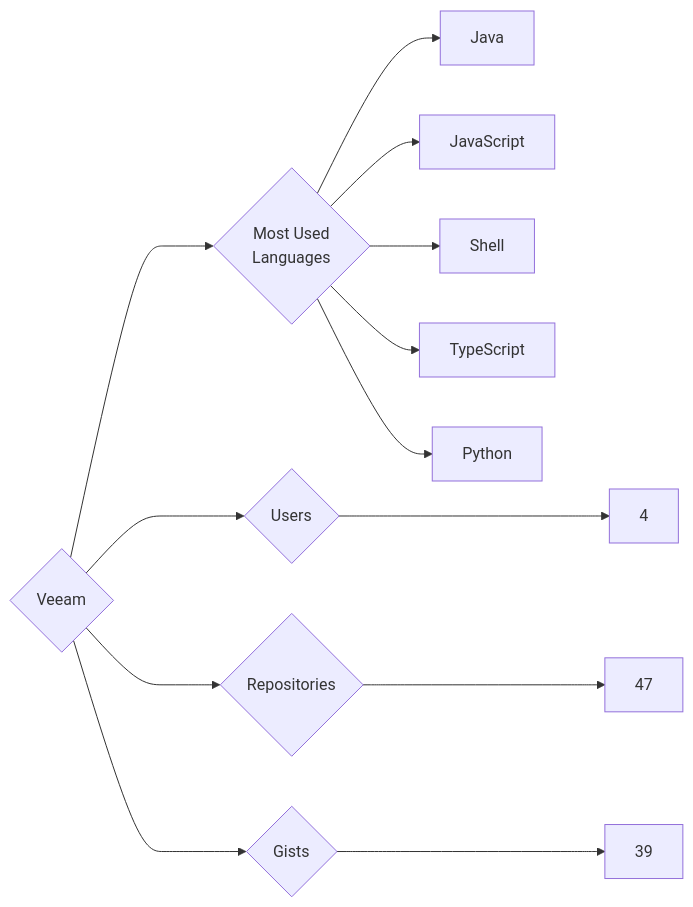
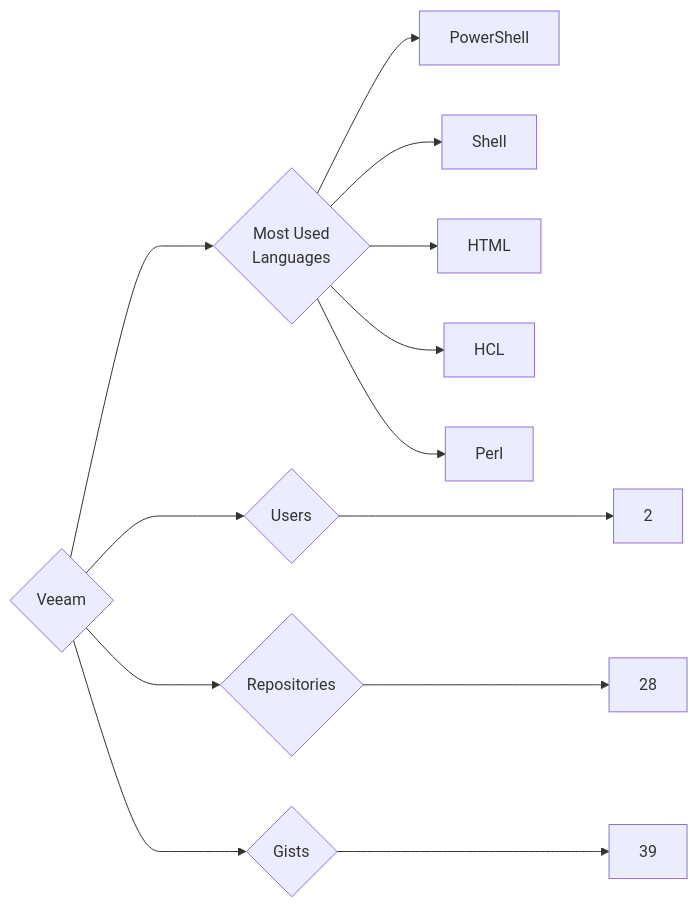
One commit to trickest/insiders changed the diagram in targets/Veeam/README.md. Above: the diagram before and after it, drawn with Mermaid. The commit also changed 1696 other files, not shown here.

````diff
--- a/targets/Veeam/README.md
+++ b/targets/Veeam/README.md
@@ -3,13 +3,13 @@
 ```mermaid
 graph LR
 COMPANY_NAME{Veeam}
-COMPANY_NAME ---> U{Users} ---> UN[4]
-COMPANY_NAME ---> R{Repositories} ---> RN[47]
+COMPANY_NAME ---> U{Users} ---> UN[2]
+COMPANY_NAME ---> R{Repositories} ---> RN[28]
 COMPANY_NAME ---> G{Gists} ---> GN[39]
 COMPANY_NAME ---> ML{Most Used<br>Languages}
-ML --> Java[Java]
-ML --> JavaScript[JavaScript]
+ML --> PowerShell[PowerShell]
 ML --> Shell[Shell]
-ML --> TypeScript[TypeScript]
-ML --> Python[Python]
+ML --> HTML[HTML]
+ML --> HCL[HCL]
+ML --> Perl[Perl]
 ```
````
